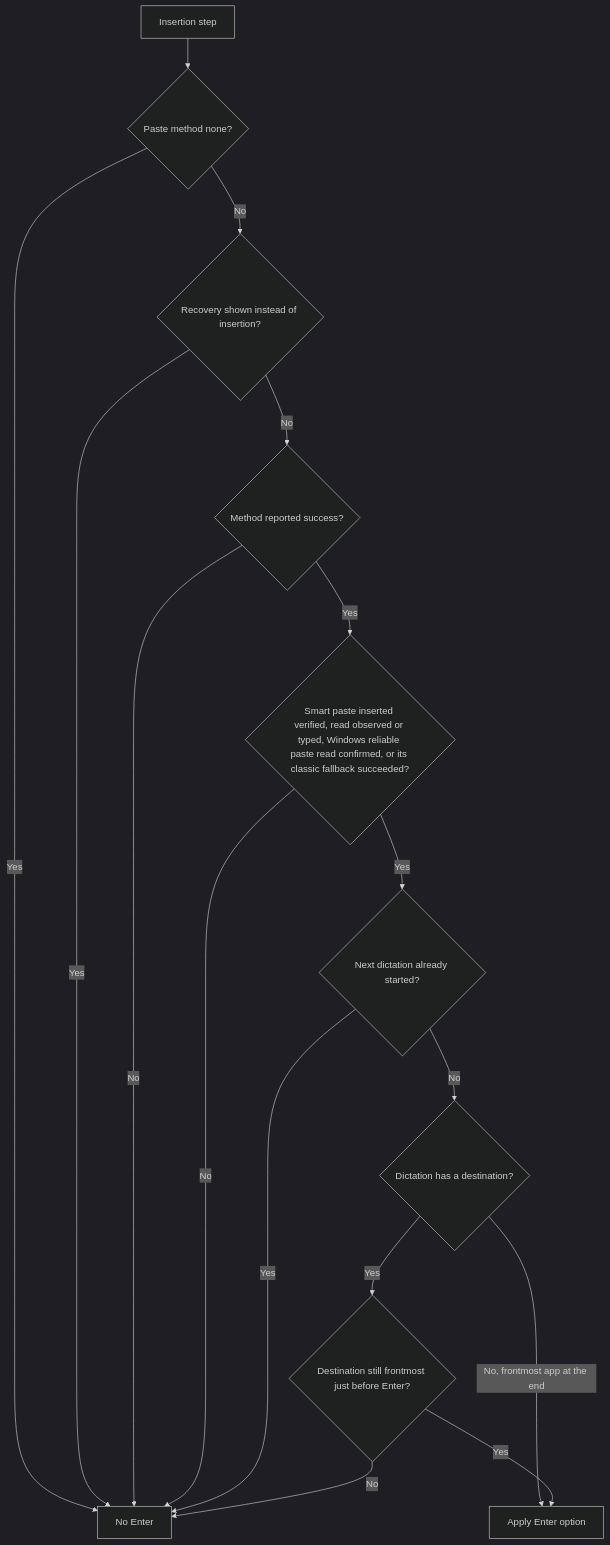
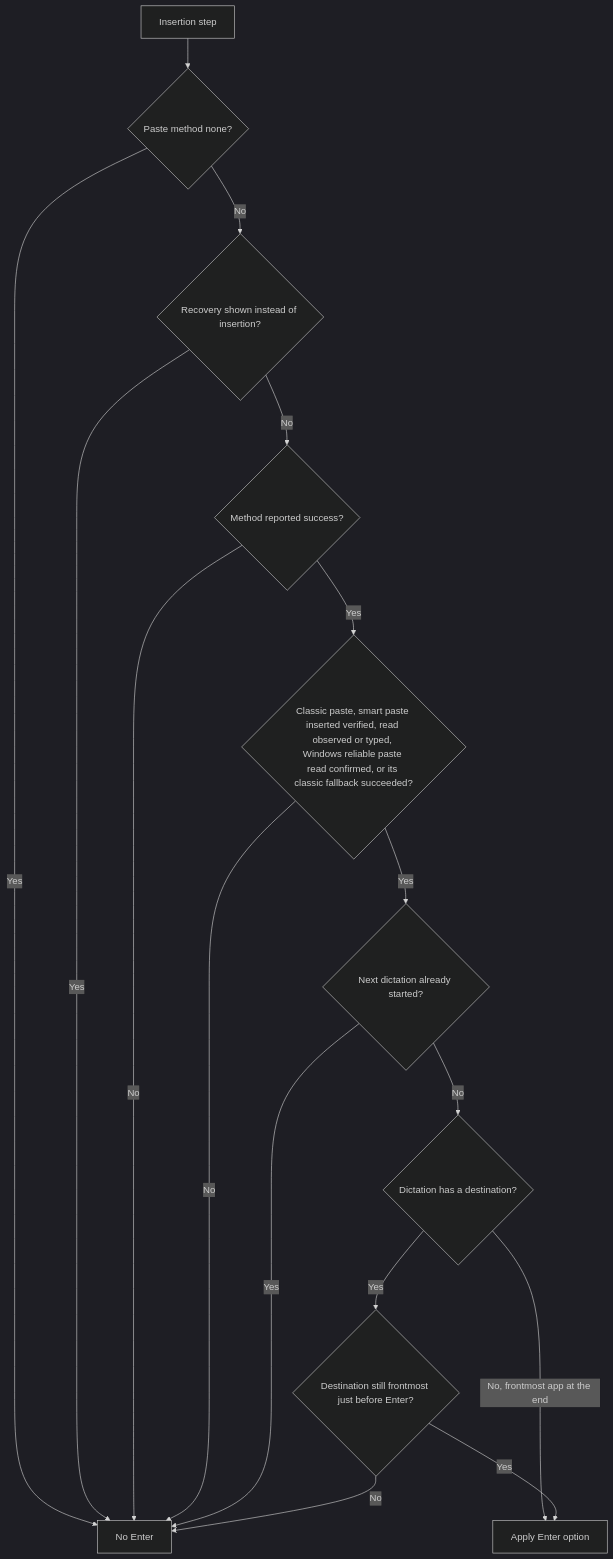
The fourth of 5 diagrams in .specs/features/009-pin-mode-and-enter-rule/spec.md (julien-m/handy), drawn with Mermaid (dark theme) before and after one commit. The commit also changed other lines of this file and 2 other files, not shown here.

````diff
--- a/.specs/features/009-pin-mode-and-enter-rule/spec.md
+++ b/.specs/features/009-pin-mode-and-enter-rule/spec.md
@@ -180,18 +181,18 @@
 ```mermaid
 flowchart TD
   A[Insertion step] --> M{Paste method none?}
   M -- Yes --> X[No Enter]
   M -- No --> E{Recovery shown instead of insertion?}
   E -- Yes --> X
   E -- No --> C{Method reported success?}
   C -- No --> X
-  C -- Yes --> D{Smart paste inserted verified, read observed or typed, Windows reliable paste read confirmed, or its classic fallback succeeded?}
+  C -- Yes --> D{Classic paste, smart paste inserted verified, read observed or typed, Windows reliable paste read confirmed, or its classic fallback succeeded?}
   D -- No --> X
   D -- Yes --> N{Next dictation already started?}
   N -- Yes --> X
   N -- No --> B{Dictation has a destination?}
   B -- No, frontmost app at the end --> F[Apply Enter option]
   B -- Yes --> G{Destination still frontmost just before Enter?}
   G -- No --> X
   G -- Yes --> F
 ```
````
